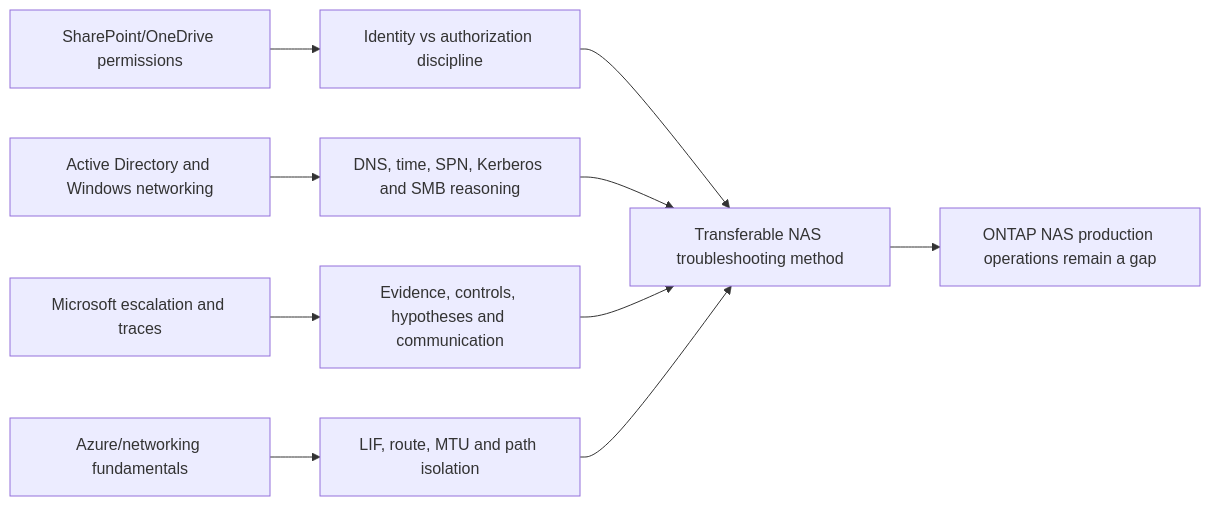
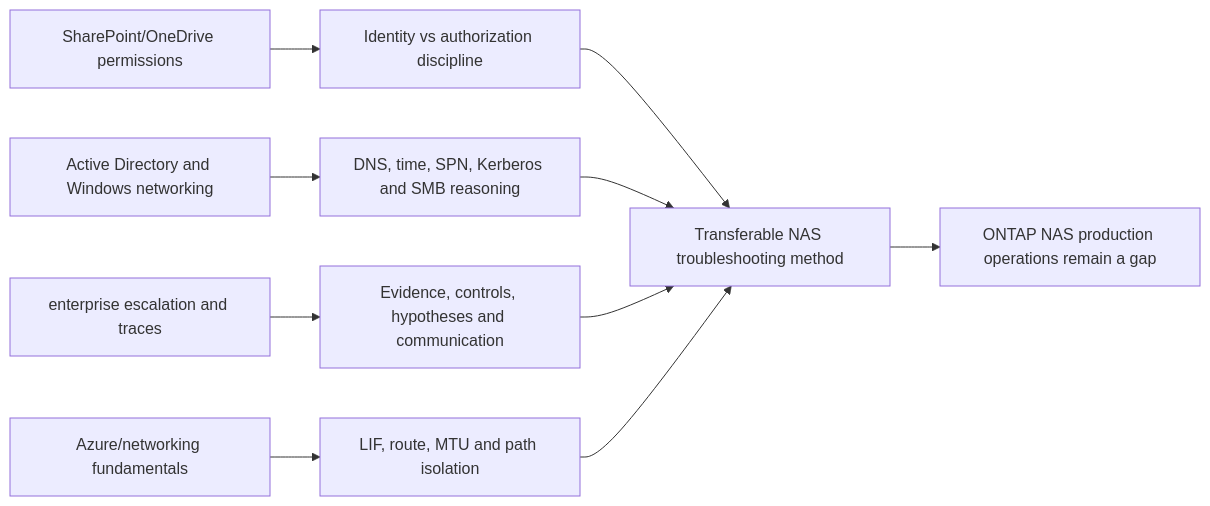
One commit to hichauhan-in/Interview-Prep changed diagram 25 of 26 in NetApp TAM/prep/Part-74-nas-troubleshooting-scenarios.md. Above: the diagram before and after it, drawn with Mermaid. The commit also changed other lines of this file and 493 other files, not shown here.

````diff
--- a/NetApp TAM/prep/Part-74-nas-troubleshooting-scenarios.md
+++ b/NetApp TAM/prep/Part-74-nas-troubleshooting-scenarios.md
@@ -639,12 +639,12 @@
 ```mermaid
 flowchart LR
     SPO[SharePoint/OneDrive permissions] --> AUTH[Identity vs authorization discipline]
     AD[Active Directory and Windows networking] --> SMB[DNS, time, SPN, Kerberos and SMB reasoning]
-    ESC[Microsoft escalation and traces] --> METHOD[Evidence, controls, hypotheses and communication]
+    ESC[enterprise escalation and traces] --> METHOD[Evidence, controls, hypotheses and communication]
     AZ[Azure/networking fundamentals] --> PATH[LIF, route, MTU and path isolation]
     AUTH --> TRANS[Transferable NAS troubleshooting method]
     SMB --> TRANS
     METHOD --> TRANS
     PATH --> TRANS
     TRANS --> GAP[ONTAP NAS production operations remain a gap]
 ```
````
